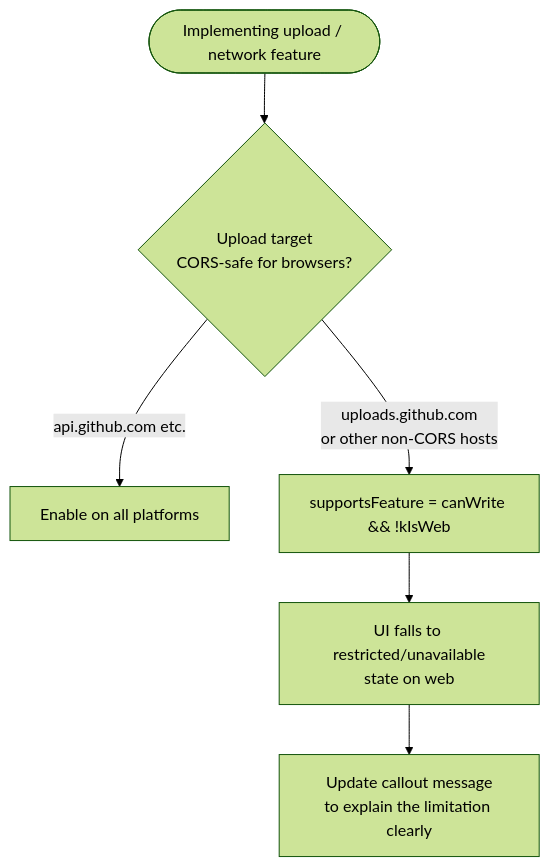
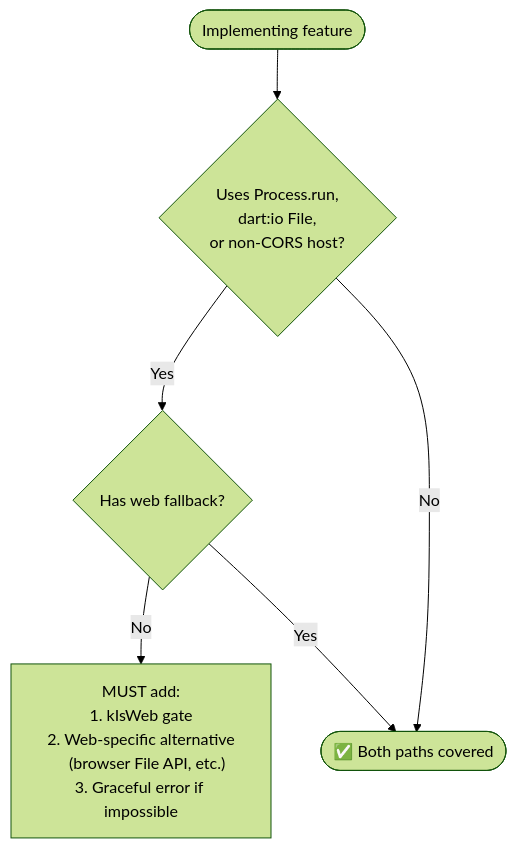
Before and after one commit to IstiN/trackstate: the fifth of 7 diagrams in .dmtools/instructions/agents/flutter_development_rules.md, drawn with Mermaid (forest theme). The commit also changed other lines of this file and 2 other files, not shown here.

First line of the commit message:
Expand flutter dev rules with RCA-driven web/async/state patterns

````diff
--- a/.dmtools/instructions/agents/flutter_development_rules.md
+++ b/.dmtools/instructions/agents/flutter_development_rules.md
@@ -134,8 +134,8 @@
 ```mermaid
 flowchart TD
-  Impl([Implementing upload / network feature]) --> Host{Upload target\nCORS-safe for browsers?}
-  Host -->|api.github.com etc.| Both[Enable on all platforms]
-  Host -->|uploads.github.com\nor other non-CORS hosts| Gate["supportsFeature = canWrite && !kIsWeb"]
-  Gate --> UI[UI falls to restricted/unavailable\nstate on web]
-  UI --> Msg[Update callout message\nto explain the limitation clearly]
+  Impl([Implementing feature]) --> Check{Uses Process.run,\ndart:io File,\nor non-CORS host?}
+  Check -->|Yes| Web{Has web fallback?}
+  Web -->|No| MUST["MUST add:\n1. kIsWeb gate\n2. Web-specific alternative\n   (browser File API, etc.)\n3. Graceful error if impossible"]
+  Web -->|Yes| OK([✅ Both paths covered])
+  Check -->|No| OK
 ```
````
